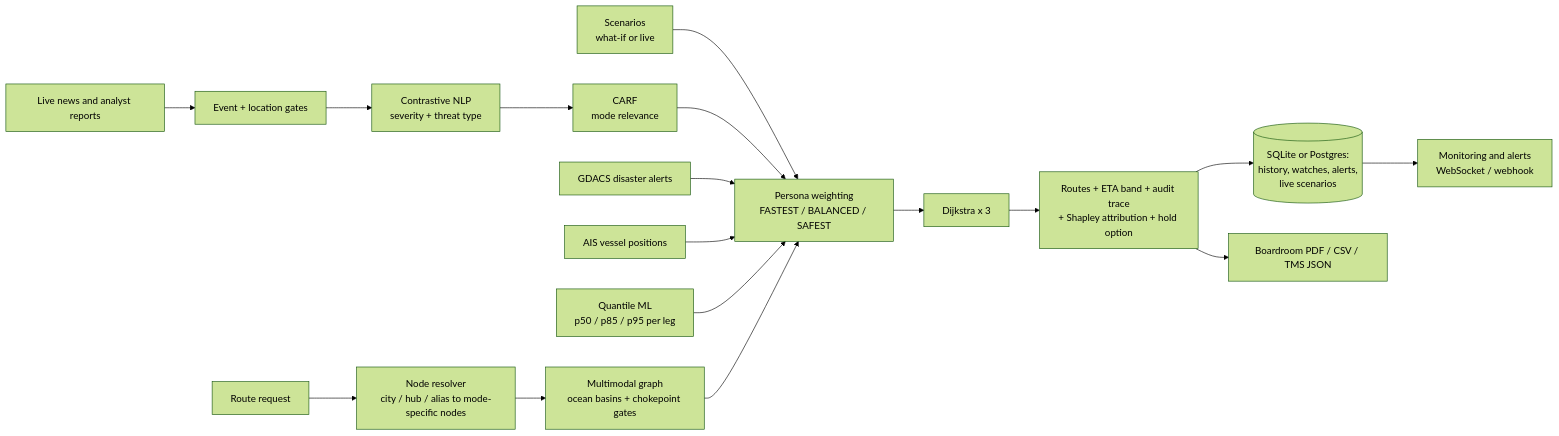
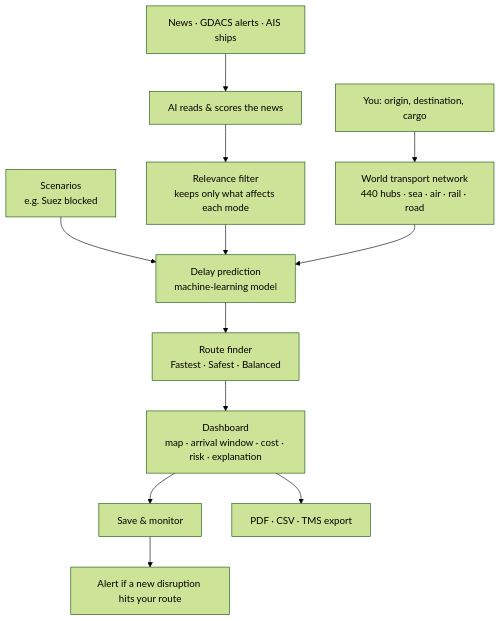
Before and after one commit to loneryderr536/Supply-chainer: the diagram in README.md, drawn with Mermaid (forest theme). The commit also changed other lines of this file, not shown here.

````diff
--- a/README.md
+++ b/README.md
@@ -81,16 +50,12 @@
 ```mermaid
-flowchart LR
-    A[Route request] --> B[Node resolver<br/>city / hub / alias to mode-specific nodes]
-    B --> C[Multimodal graph<br/>ocean basins + chokepoint gates]
-    S[Scenarios<br/>what-if or live] --> W
-    N[Live news and analyst reports] --> G[Event + location gates] --> P[Contrastive NLP<br/>severity + threat type] --> F[CARF<br/>mode relevance] --> W
-    GD[GDACS disaster alerts] --> W
-    AIS[AIS vessel positions] --> W
-    M[Quantile ML<br/>p50 / p85 / p95 per leg] --> W
-    C --> W[Persona weighting<br/>FASTEST / BALANCED / SAFEST]
-    W --> D[Dijkstra x 3]
-    D --> R[Routes + ETA band + audit trace<br/>+ Shapley attribution + hold option]
-    R --> H[(SQLite or Postgres:<br/>history, watches, alerts,<br/>live scenarios)]
-    R --> PDF[Boardroom PDF / CSV / TMS JSON]
-    H --> AL[Monitoring and alerts<br/>WebSocket / webhook]
+flowchart TD
+    A[You: origin, destination, cargo] --> B[World transport network<br/>440 hubs · sea · air · rail · road]
+    C[Scenarios<br/>e.g. Suez blocked] --> E
+    D[News · GDACS alerts · AIS ships] --> F[AI reads & scores the news] --> G[Relevance filter<br/>keeps only what affects each mode] --> E
+    B --> E[Delay prediction<br/>machine-learning model]
+    E --> H[Route finder<br/>Fastest · Safest · Balanced]
+    H --> I[Dashboard<br/>map · arrival window · cost · risk · explanation]
+    I --> J[Save & monitor]
+    I --> K[PDF · CSV · TMS export]
+    J --> L[Alert if a new disruption hits your route]
 ```
````
